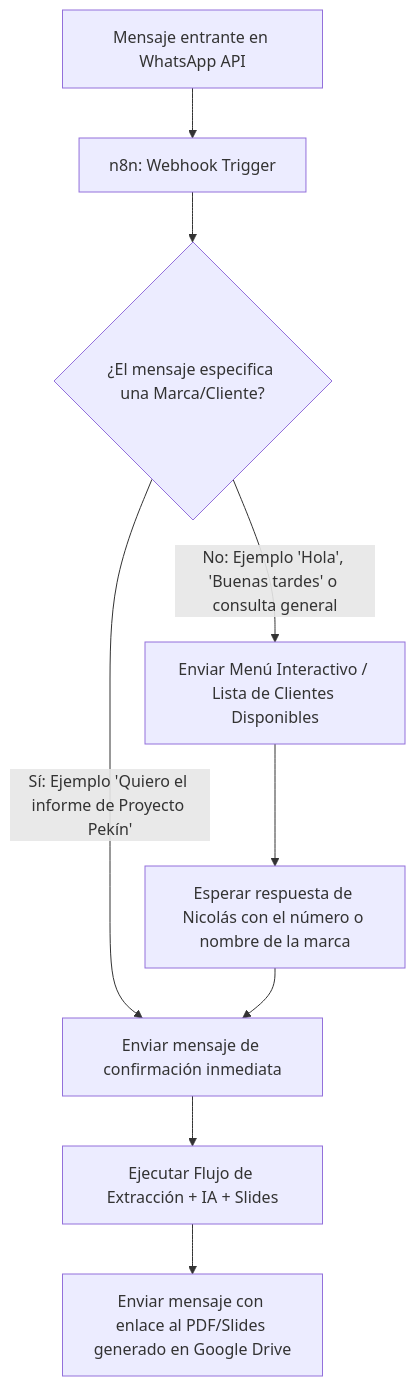
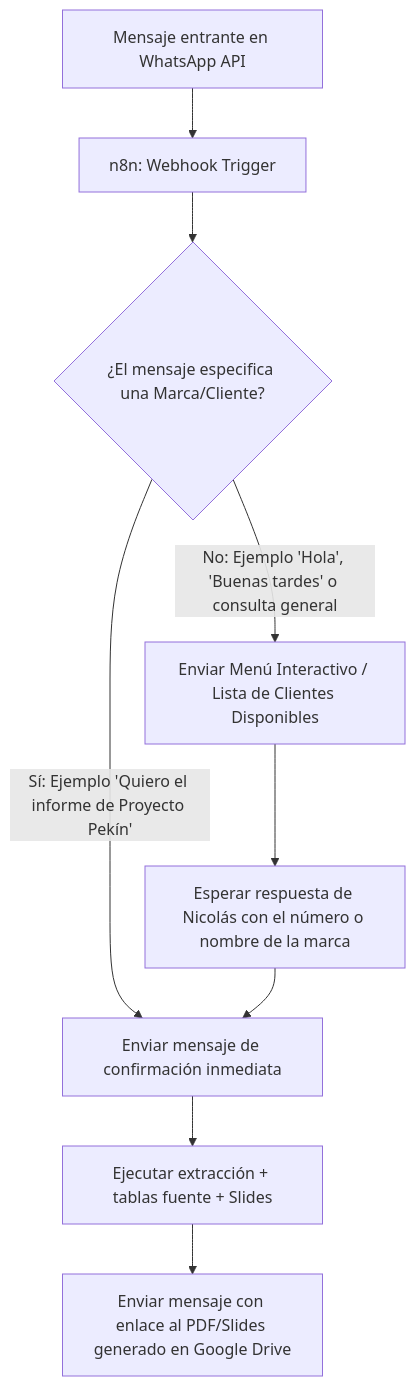
One commit to dsancalderon/tictac-agency-n8n changed the diagram in proyecto_informes_tictac.md. Above: the diagram before and after it, drawn with Mermaid. The commit also changed other lines of this file and 6 other files, not shown here.

````diff
--- a/proyecto_informes_tictac.md
+++ b/proyecto_informes_tictac.md
@@ -31,13 +32,13 @@
 ```mermaid
 graph TD
     A[Mensaje entrante en WhatsApp API] --> B[n8n: Webhook Trigger]
     B --> C{¿El mensaje especifica una Marca/Cliente?}
     
     C -->|Sí: Ejemplo 'Quiero el informe de Proyecto Pekín'| D[Enviar mensaje de confirmación inmediata]
-    D --> E[Ejecutar Flujo de Extracción + IA + Slides]
+    D --> E[Ejecutar extracción + tablas fuente + Slides]
     E --> F[Enviar mensaje con enlace al PDF/Slides generado en Google Drive]
 
     C -->|No: Ejemplo 'Hola', 'Buenas tardes' o consulta general| G[Enviar Menú Interactivo / Lista de Clientes Disponibles]
     G --> H[Esperar respuesta de Nicolás con el número o nombre de la marca]
     H --> D
 ```
````
